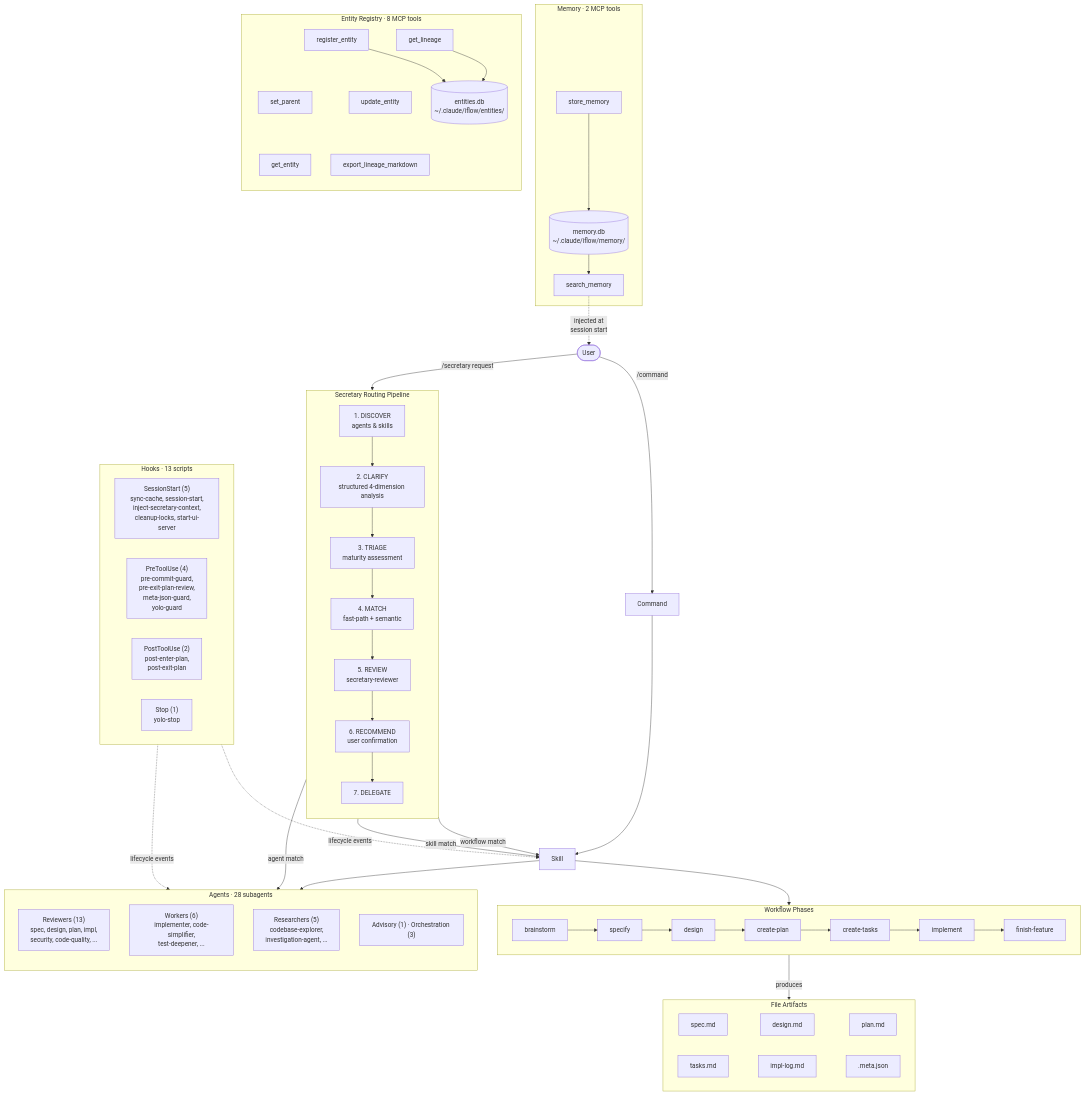
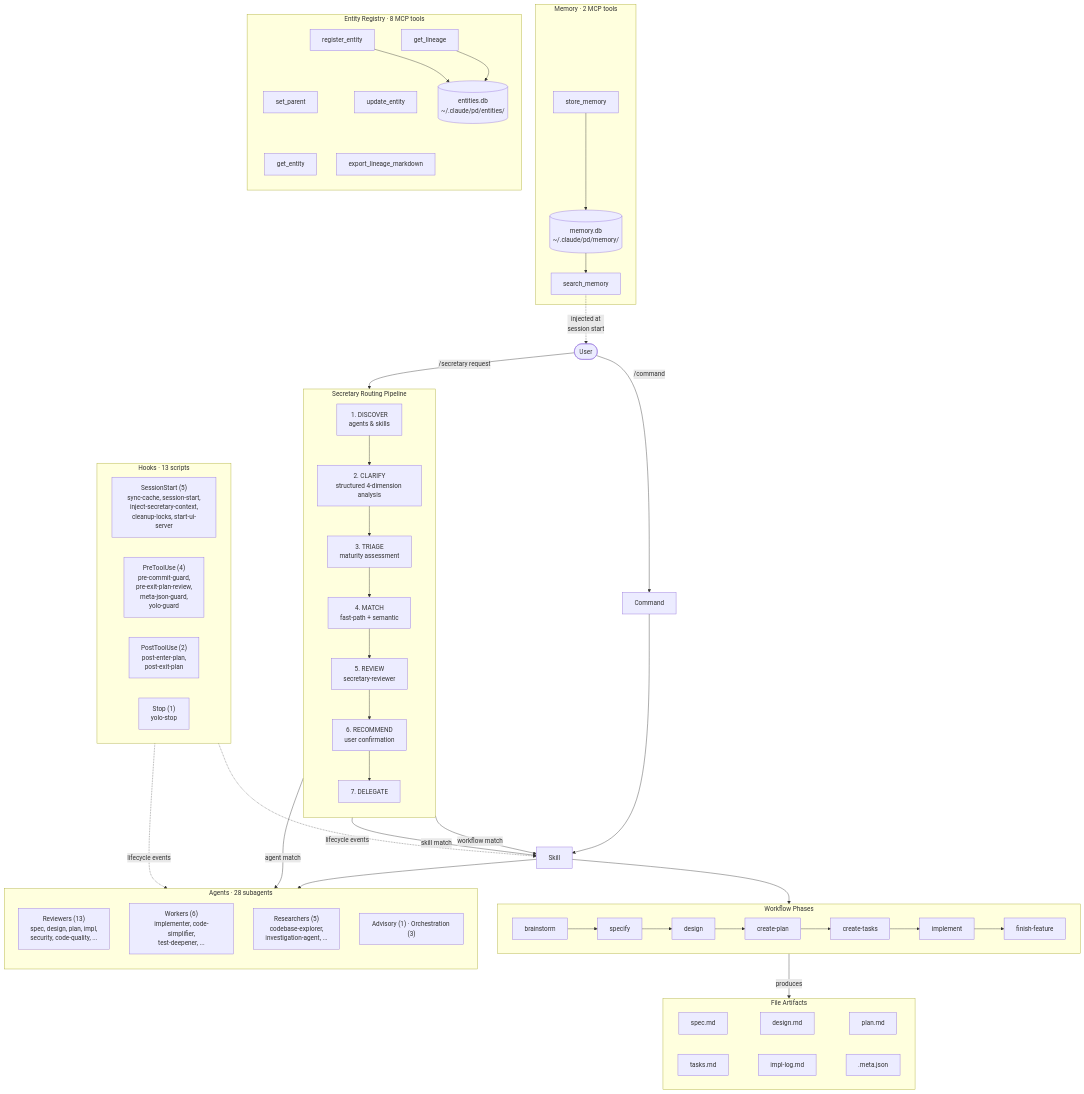
The diagram in README_FOR_DEV.md (clthuang/my-ai-setup), drawn with Mermaid before and after one commit. The commit also changed other lines of this file and 422 other files, not shown here.

````diff
--- a/README_FOR_DEV.md
+++ b/README_FOR_DEV.md
@@ -122,70 +122,70 @@
 ```mermaid
 flowchart TD
     U([User]) -->|"/command"| CMD[Command]
     U -->|"/secretary request"| SEC
 
     subgraph SEC["Secretary Routing Pipeline"]
         direction TB
         S1["1. DISCOVER<br/>agents & skills"] --> S2["2. CLARIFY<br/>structured 4-dimension analysis"]
         S2 --> S3["3. TRIAGE<br/>maturity assessment"]
         S3 --> S4["4. MATCH<br/>fast-path + semantic"]
         S4 --> S5["5. REVIEW<br/>secretary-reviewer"]
         S5 --> S6["6. RECOMMEND<br/>user confirmation"]
         S6 --> S7["7. DELEGATE"]
     end
 
     CMD --> SK[Skill]
     S7 -->|"workflow match"| SK
     S7 -->|"agent match"| AG
     S7 -->|"skill match"| SK
 
     subgraph WORKFLOW["Workflow Phases"]
         direction LR
         WF1[brainstorm] --> WF2[specify] --> WF3[design]
         WF3 --> WF4[create-plan] --> WF5[create-tasks]
         WF5 --> WF6[implement] --> WF7[finish-feature]
     end
 
     SK --> WORKFLOW
     SK --> AG
 
     subgraph AG["Agents · 28 subagents"]
         direction TB
         A1["Reviewers (13)<br/>spec, design, plan, impl,<br/>security, code-quality, ..."]
         A2["Workers (6)<br/>implementer, code-simplifier,<br/>test-deepener, ..."]
         A3["Researchers (5)<br/>codebase-explorer,<br/>investigation-agent, ..."]
         A4["Advisory (1) · Orchestration (3)"]
     end
 
     WORKFLOW -->|"produces"| ART
 
     subgraph ART["File Artifacts"]
         F1[spec.md] ~~~ F2[design.md] ~~~ F3[plan.md]
         F4[tasks.md] ~~~ F5[impl-log.md] ~~~ F6[.meta.json]
     end
 
     subgraph HOOKS["Hooks · 13 scripts"]
         H1["SessionStart (5)<br/>sync-cache, session-start,<br/>inject-secretary-context,<br/>cleanup-locks, start-ui-server"]
         H2["PreToolUse (4)<br/>pre-commit-guard,<br/>pre-exit-plan-review,<br/>meta-json-guard,<br/>yolo-guard"]
         H3["PostToolUse (2)<br/>post-enter-plan,<br/>post-exit-plan"]
         H4["Stop (1)<br/>yolo-stop"]
     end
 
     HOOKS -.->|"lifecycle events"| SK
     HOOKS -.->|"lifecycle events"| AG
 
     subgraph MEM["Memory · 2 MCP tools"]
-        MCP1[store_memory] --> MB[("memory.db<br/>~/.claude/iflow/memory/")]
+        MCP1[store_memory] --> MB[("memory.db<br/>~/.claude/pd/memory/")]
         MB --> MCP2[search_memory]
     end
 
     subgraph ENT["Entity Registry · 8 MCP tools"]
         direction TB
         ET1[register_entity] ~~~ ET2[set_parent] ~~~ ET3[get_entity]
         ET4[get_lineage] ~~~ ET5[update_entity] ~~~ ET6[export_lineage_markdown]
-        ET1 --> EB[("entities.db<br/>~/.claude/iflow/entities/")]
+        ET1 --> EB[("entities.db<br/>~/.claude/pd/entities/")]
         ET4 --> EB
     end
 
     MCP2 -.->|"injected at<br/>session start"| U
 ```
````
